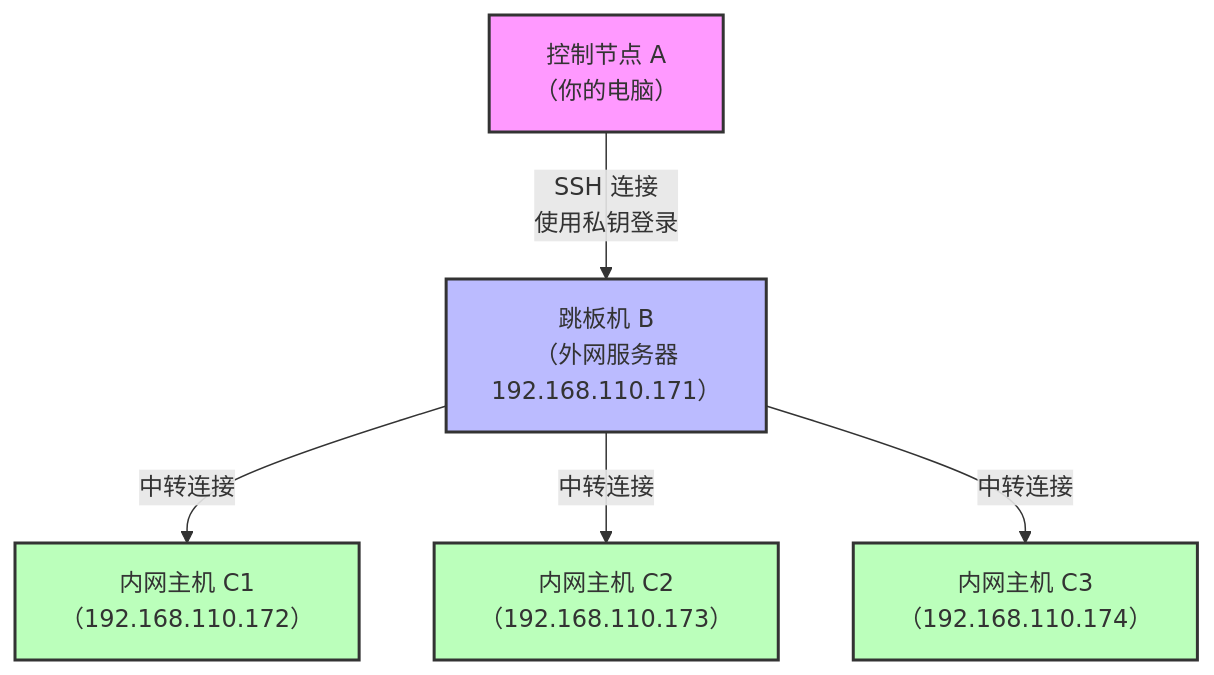
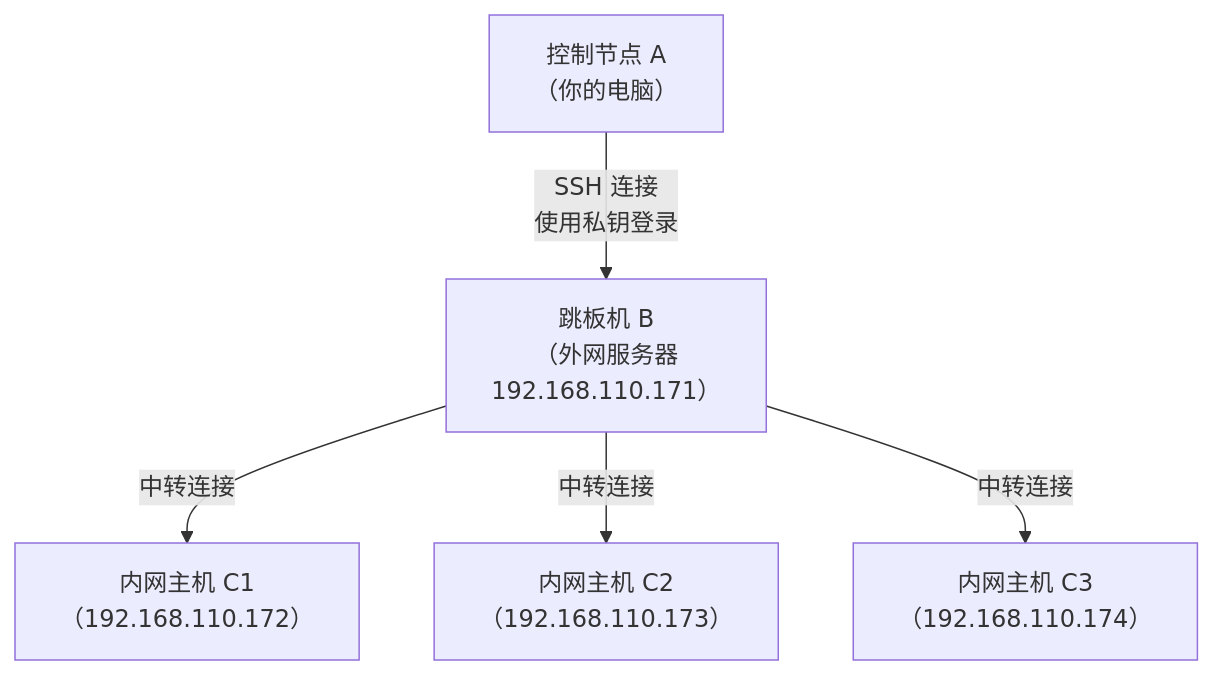
One commit to Tender-Liu/LinuxDevOps changed the fifth of 7 diagrams in Jenkins-CICD/Ansible批量管理与自动化发布.md. Above: the diagram before and after it, drawn with Mermaid. The commit also changed other lines of this file and 1 other file, not shown here.

````diff
--- a/Jenkins-CICD/Ansible批量管理与自动化发布.md
+++ b/Jenkins-CICD/Ansible批量管理与自动化发布.md
@@ -502,12 +502,7 @@
   ```mermaid
   graph TD
       A[控制节点 A<br>（你的电脑）] -->|SSH 连接<br>使用私钥登录| B[跳板机 B<br>（外网服务器<br>192.168.110.171）]
       B -->|中转连接| C1[内网主机 C1<br>（192.168.110.172）]
       B -->|中转连接| C2[内网主机 C2<br>（192.168.110.173）]
       B -->|中转连接| C3[内网主机 C3<br>（192.168.110.174）]
-      style A fill:#f9f,stroke:#333,stroke-width:2px
-      style B fill:#bbf,stroke:#333,stroke-width:2px
-      style C1 fill:#bfb,stroke:#333,stroke-width:2px
-      style C2 fill:#bfb,stroke:#333,stroke-width:2px
-      style C3 fill:#bfb,stroke:#333,stroke-width:2px
   ```
````
